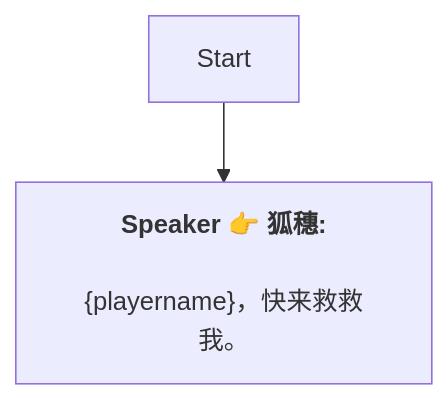
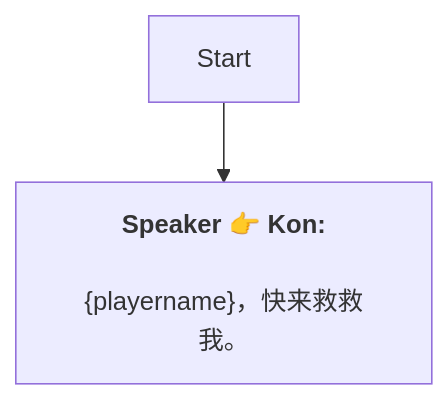
The diagram in Zh/AddDialogNode_1739411615780033.md (SoftHu/tos_avg), drawn with Mermaid before and after one commit. The commit also changed 737 other files, not shown here.

````diff
--- a/Zh/AddDialogNode_1739411615780033.md
+++ b/Zh/AddDialogNode_1739411615780033.md
@@ -1,7 +1,6 @@
 ```mermaid
 graph
-Start -->1739411660946628[<b>Speaker 👉 狐穗:</b>
+Start -->1739411660946628[<b>Speaker 👉 Kon:</b>
+\n&lbrace;playername&rbrace;，快来救救我。]
 
-&lbrace;playername&rbrace;，快来救救我。]
-
- ```
+```
````
